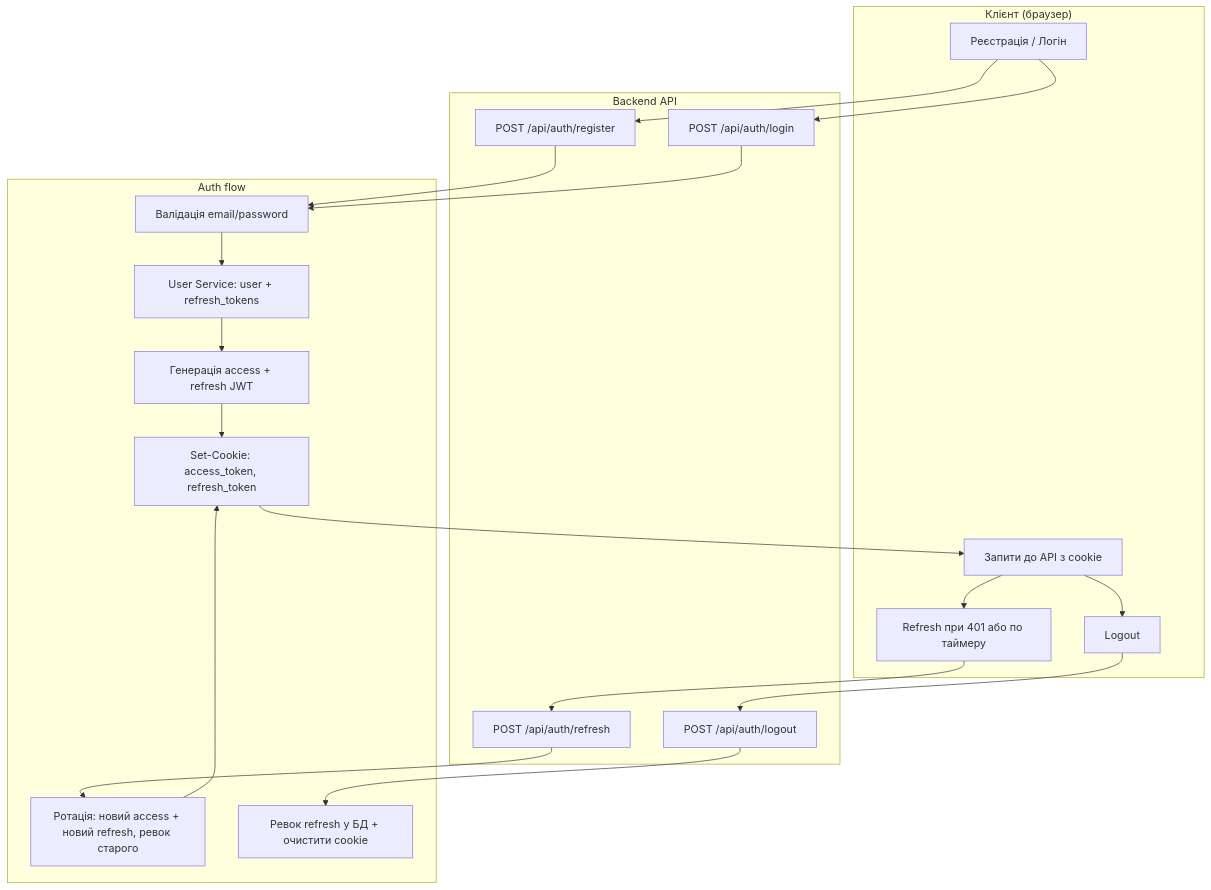
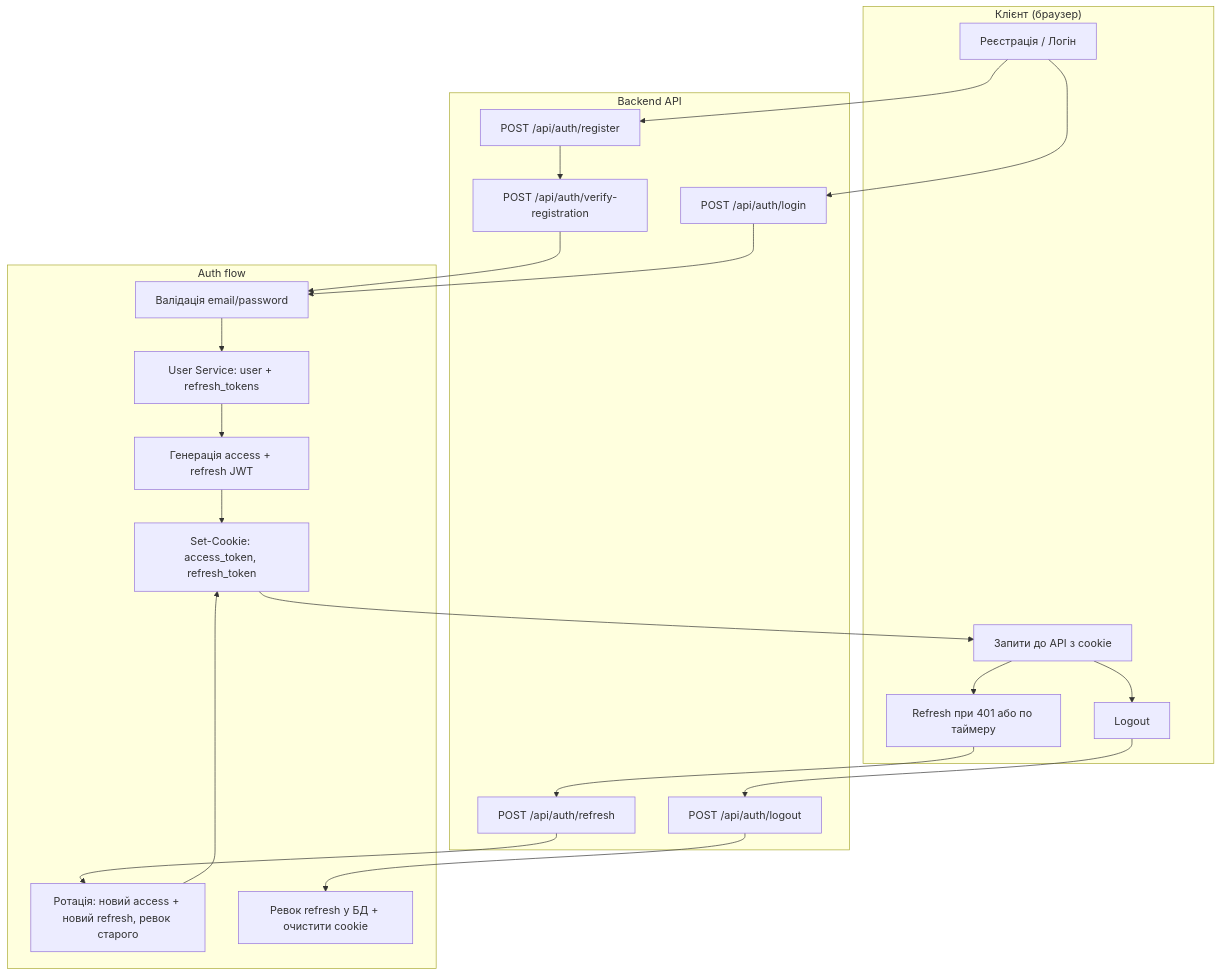
The diagram in docs/auth-spec.md (annnsvm/buero.de), drawn with Mermaid before and after one commit. The commit also changed other lines of this file and 32 other files, not shown here.

````diff
--- a/docs/auth-spec.md
+++ b/docs/auth-spec.md
@@ -245,43 +269,45 @@
 ```mermaid
 flowchart TB
     subgraph Client["Клієнт (браузер)"]
         A[Реєстрація / Логін]
         B[Запити до API з cookie]
         C[Refresh при 401 або по таймеру]
         D[Logout]
     end
 
     subgraph API["Backend API"]
         Reg[POST /api/auth/register]
+        Verify[POST /api/auth/verify-registration]
         Login[POST /api/auth/login]
         Ref[POST /api/auth/refresh]
         Out[POST /api/auth/logout]
     end
 
     subgraph AuthFlow["Auth flow"]
         V[Валідація email/password]
         US[User Service: user + refresh_tokens]
         JWT[Генерація access + refresh JWT]
         SetCookie[Set-Cookie: access_token, refresh_token]
         Rotate[Ротація: новий access + новий refresh, ревок старого]
         Revoke[Ревок refresh у БД + очистити cookie]
     end
 
     A --> Reg
+    Reg --> Verify
     A --> Login
-    Reg --> V
+    Verify --> V
     Login --> V
     V --> US
     US --> JWT
     JWT --> SetCookie
     SetCookie --> B
 
     B --> C
     C --> Ref
     Ref --> Rotate
     Rotate --> SetCookie
 
     B --> D
     D --> Out
     Out --> Revoke
 ```
````
